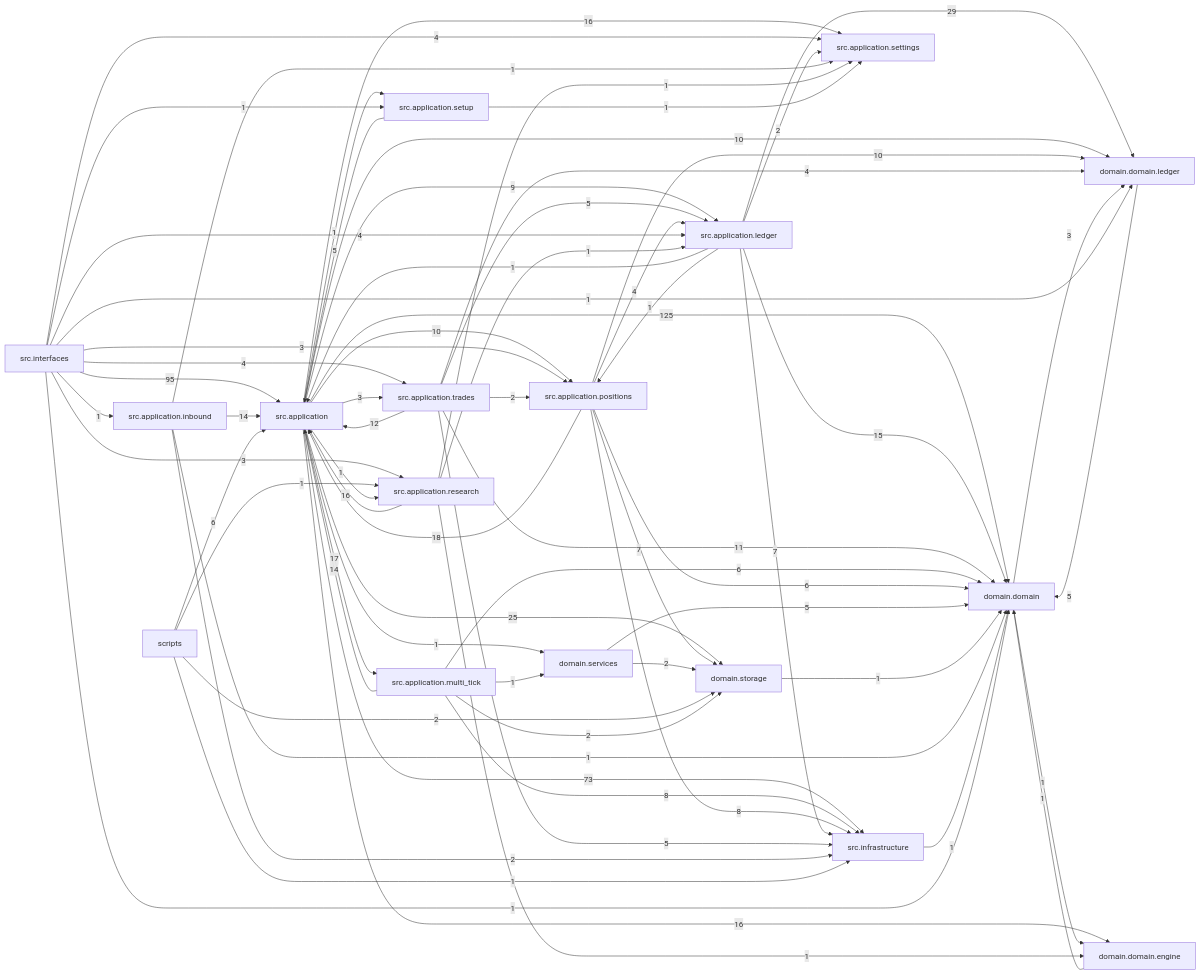
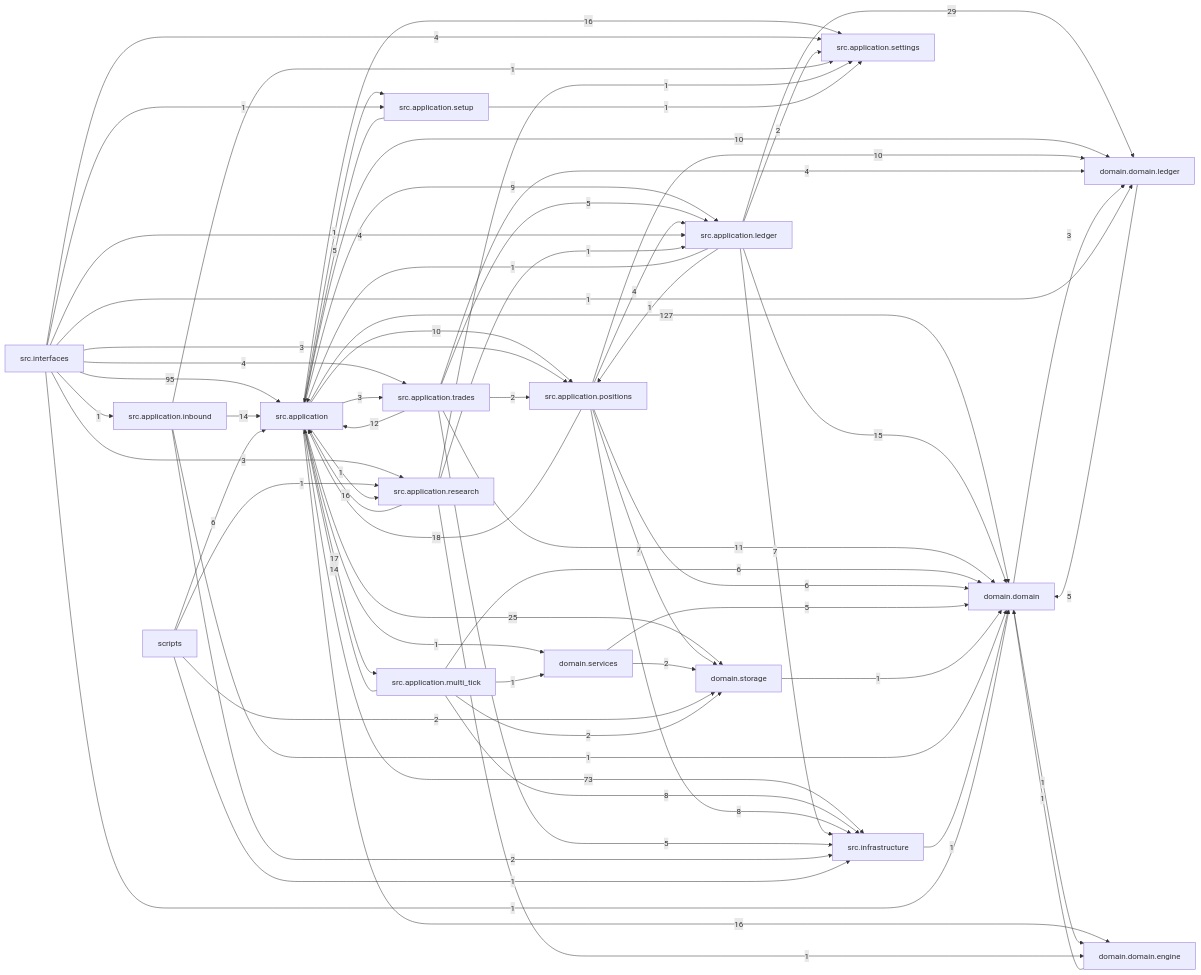
The diagram in docs/dependency_graph.mmd (liuxie066/options-monitor), drawn with Mermaid before and after one commit. The commit also changed 41 other files, not shown here.

```diff
--- a/docs/dependency_graph.mmd
+++ b/docs/dependency_graph.mmd
@@ -1,69 +1,69 @@
 flowchart LR
-  src_application["src.application"] -->|125| domain_domain["domain.domain"]
+  src_application["src.application"] -->|127| domain_domain["domain.domain"]
   src_interfaces["src.interfaces"] -->|95| src_application["src.application"]
   src_application["src.application"] -->|73| src_infrastructure["src.infrastructure"]
   src_application_ledger["src.application.ledger"] -->|29| domain_domain_ledger["domain.domain.ledger"]
   src_application["src.application"] -->|25| domain_storage["domain.storage"]
   src_application_positions["src.application.positions"] -->|18| src_application["src.application"]
   src_application["src.application"] -->|17| src_application_multi_tick["src.application.multi_tick"]
   src_application["src.application"] -->|16| domain_domain_engine["domain.domain.engine"]
   src_application["src.application"] -->|16| src_application_settings["src.application.settings"]
   src_application_research["src.application.research"] -->|16| src_application["src.application"]
   src_application_ledger["src.application.ledger"] -->|15| domain_domain["domain.domain"]
   src_application_inbound["src.application.inbound"] -->|14| src_application["src.application"]
   src_application_multi_tick["src.application.multi_tick"] -->|14| src_application["src.application"]
   src_application_trades["src.application.trades"] -->|12| src_application["src.application"]
   src_application_trades["src.application.trades"] -->|11| domain_domain["domain.domain"]
   src_application["src.application"] -->|10| domain_domain_ledger["domain.domain.ledger"]
   src_application["src.application"] -->|10| src_application_positions["src.application.positions"]
   src_application_positions["src.application.positions"] -->|10| domain_domain_ledger["domain.domain.ledger"]
   src_application["src.application"] -->|9| src_application_ledger["src.application.ledger"]
   src_application_multi_tick["src.application.multi_tick"] -->|8| src_infrastructure["src.infrastructure"]
   src_application_positions["src.application.positions"] -->|8| src_infrastructure["src.infrastructure"]
   src_application_ledger["src.application.ledger"] -->|7| src_infrastructure["src.infrastructure"]
   src_application_positions["src.application.positions"] -->|7| domain_storage["domain.storage"]
   scripts["scripts"] -->|6| src_application["src.application"]
   src_application_multi_tick["src.application.multi_tick"] -->|6| domain_domain["domain.domain"]
   src_application_positions["src.application.positions"] -->|6| domain_domain["domain.domain"]
   domain_domain_ledger["domain.domain.ledger"] -->|5| domain_domain["domain.domain"]
   domain_services["domain.services"] -->|5| domain_domain["domain.domain"]
   src_application_setup["src.application.setup"] -->|5| src_application["src.application"]
   src_application_trades["src.application.trades"] -->|5| src_application_ledger["src.application.ledger"]
   src_application_trades["src.application.trades"] -->|5| src_infrastructure["src.infrastructure"]
   src_application_positions["src.application.positions"] -->|4| src_application_ledger["src.application.ledger"]
   src_application_trades["src.application.trades"] -->|4| domain_domain_ledger["domain.domain.ledger"]
   src_interfaces["src.interfaces"] -->|4| src_application_ledger["src.application.ledger"]
   src_interfaces["src.interfaces"] -->|4| src_application_settings["src.application.settings"]
   src_interfaces["src.interfaces"] -->|4| src_application_trades["src.application.trades"]
   domain_domain["domain.domain"] -->|3| domain_domain_ledger["domain.domain.ledger"]
   src_application["src.application"] -->|3| src_application_trades["src.application.trades"]
   src_interfaces["src.interfaces"] -->|3| src_application_positions["src.application.positions"]
   src_interfaces["src.interfaces"] -->|3| src_application_research["src.application.research"]
   domain_services["domain.services"] -->|2| domain_storage["domain.storage"]
   scripts["scripts"] -->|2| domain_storage["domain.storage"]
   src_application_inbound["src.application.inbound"] -->|2| src_infrastructure["src.infrastructure"]
   src_application_ledger["src.application.ledger"] -->|2| src_application_settings["src.application.settings"]
   src_application_multi_tick["src.application.multi_tick"] -->|2| domain_storage["domain.storage"]
   src_application_trades["src.application.trades"] -->|2| src_application_positions["src.application.positions"]
   domain_domain["domain.domain"] -->|1| domain_domain_engine["domain.domain.engine"]
   domain_domain_engine["domain.domain.engine"] -->|1| domain_domain["domain.domain"]
   domain_storage["domain.storage"] -->|1| domain_domain["domain.domain"]
   scripts["scripts"] -->|1| src_application_research["src.application.research"]
   scripts["scripts"] -->|1| src_infrastructure["src.infrastructure"]
   src_application["src.application"] -->|1| domain_services["domain.services"]
   src_application["src.application"] -->|1| src_application_research["src.application.research"]
   src_application["src.application"] -->|1| src_application_setup["src.application.setup"]
   src_application_inbound["src.application.inbound"] -->|1| domain_domain["domain.domain"]
   src_application_inbound["src.application.inbound"] -->|1| src_application_settings["src.application.settings"]
   src_application_ledger["src.application.ledger"] -->|1| src_application["src.application"]
   src_application_ledger["src.application.ledger"] -->|1| src_application_positions["src.application.positions"]
   src_application_multi_tick["src.application.multi_tick"] -->|1| domain_services["domain.services"]
   src_application_research["src.application.research"] -->|1| domain_domain_engine["domain.domain.engine"]
   src_application_research["src.application.research"] -->|1| src_application_ledger["src.application.ledger"]
   src_application_research["src.application.research"] -->|1| src_application_settings["src.application.settings"]
   src_application_setup["src.application.setup"] -->|1| src_application_settings["src.application.settings"]
   src_infrastructure["src.infrastructure"] -->|1| domain_domain["domain.domain"]
   src_interfaces["src.interfaces"] -->|1| domain_domain["domain.domain"]
   src_interfaces["src.interfaces"] -->|1| domain_domain_ledger["domain.domain.ledger"]
   src_interfaces["src.interfaces"] -->|1| src_application_inbound["src.application.inbound"]
   src_interfaces["src.interfaces"] -->|1| src_application_setup["src.application.setup"]
```
